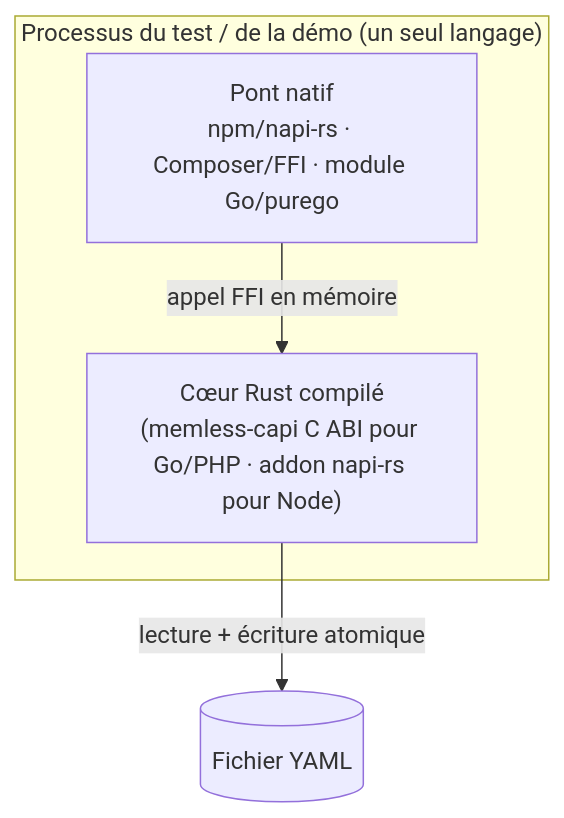
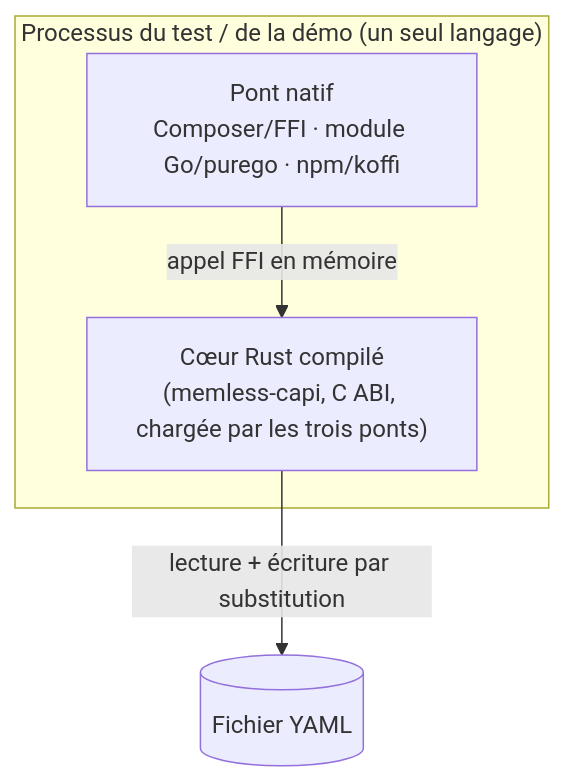
One commit to nascent-tech/memless changed the second of 6 diagrams in .charpente/architecture/diagrams.md. Above: the diagram before and after it, drawn with Mermaid. The commit also changed other lines of this file and 29 other files, not shown here.

First line of the commit message:
docs: bring the brief, MVP and architecture in line with the delivered product (#28)

````diff
--- a/.charpente/architecture/diagrams.md
+++ b/.charpente/architecture/diagrams.md
@@ -43,10 +43,10 @@
 ```mermaid
 graph TD
     %% C4 Container
     subgraph processus["Processus du test / de la démo (un seul langage)"]
-        pont["Pont natif<br/>npm/napi-rs · Composer/FFI · module Go/purego"]
-        capi["Cœur Rust compilé<br/>(memless-capi C ABI pour Go/PHP · addon napi-rs pour Node)"]
+        pont["Pont natif<br/>Composer/FFI · module Go/purego · npm/koffi"]
+        capi["Cœur Rust compilé<br/>(memless-capi, C ABI, chargée par les trois ponts)"]
         pont -->|appel FFI en mémoire| capi
     end
-    capi -->|lecture + écriture atomique| fichier[("Fichier YAML")]
+    capi -->|lecture + écriture par substitution| fichier[("Fichier YAML")]
 ```
````
